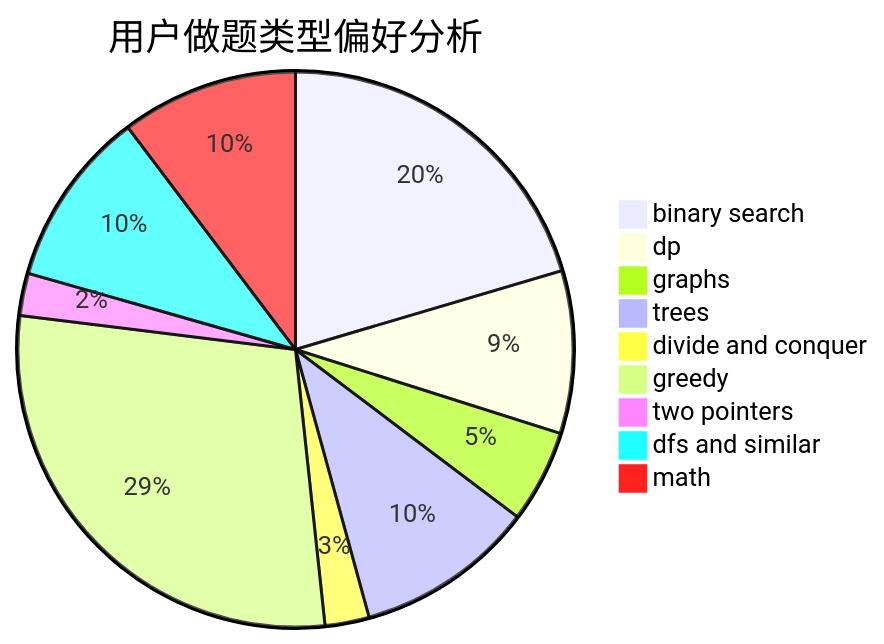
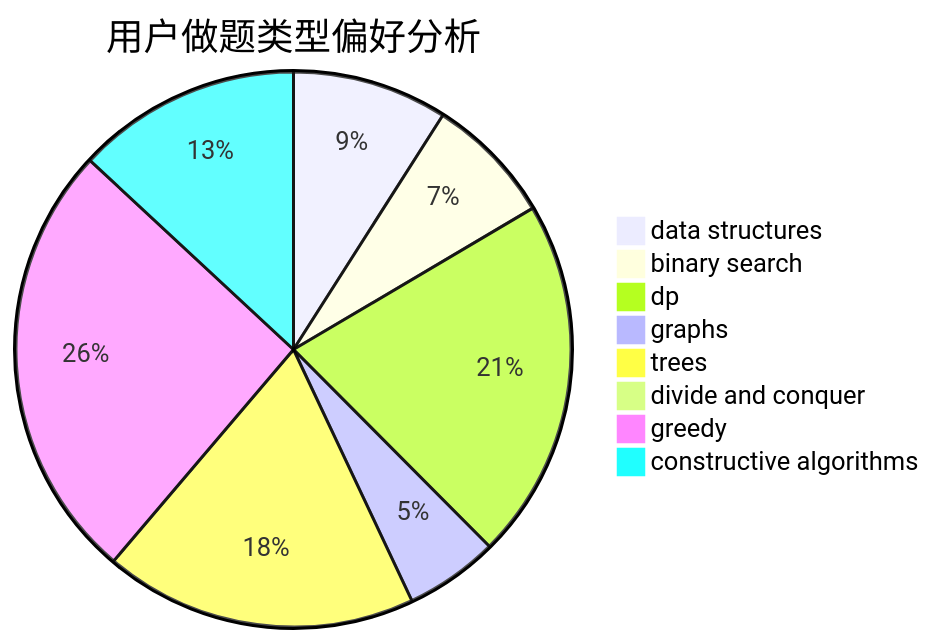
Before and after one commit to sherpahu/cfrs.github.io: the second of 3 diagrams in docs/user/u1631.md, drawn with Mermaid. The commit also changed other lines of this file and 2775 other files, not shown here.

````diff
--- a/docs/user/u1631.md
+++ b/docs/user/u1631.md
@@ -23,12 +23,11 @@
 ```mermaid
 pie title 用户做题类型偏好分析
-    "binary search" :  397
-    "dp" :  184
-    "graphs" :  105
-    "trees" :  203
-    "divide and conquer" :  50
-    "greedy" :  557
-    "two pointers" :  48
-    "dfs and similar" :  200
-    "math" :  200
+    "data structures" :  58
+    "binary search" :  48
+    "dp" :  135
+    "graphs" :  35
+    "trees" :  117
+    "divide and conquer" :  0
+    "greedy" :  165
+    "constructive algorithms" :  84
 ```
````
